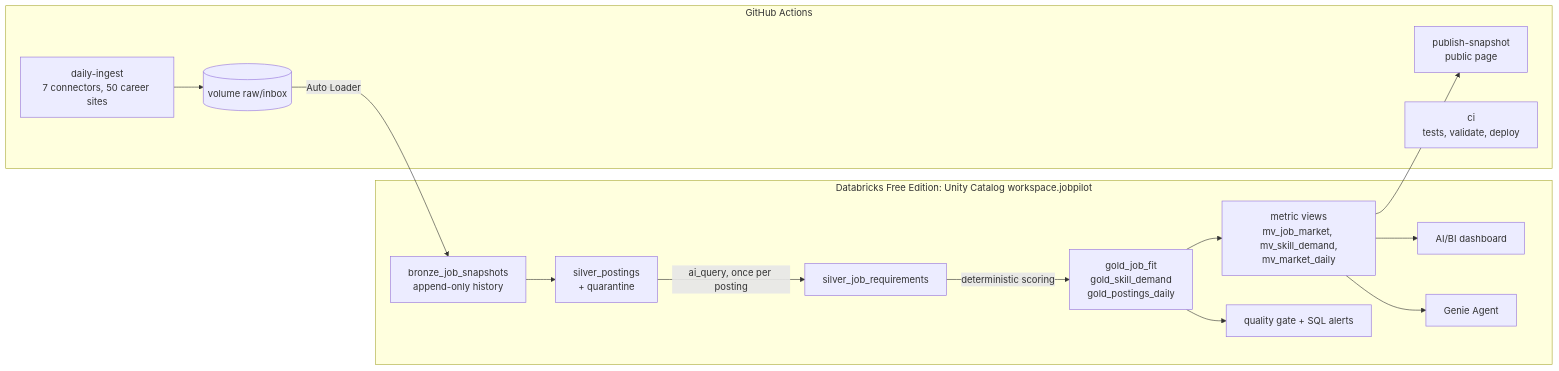
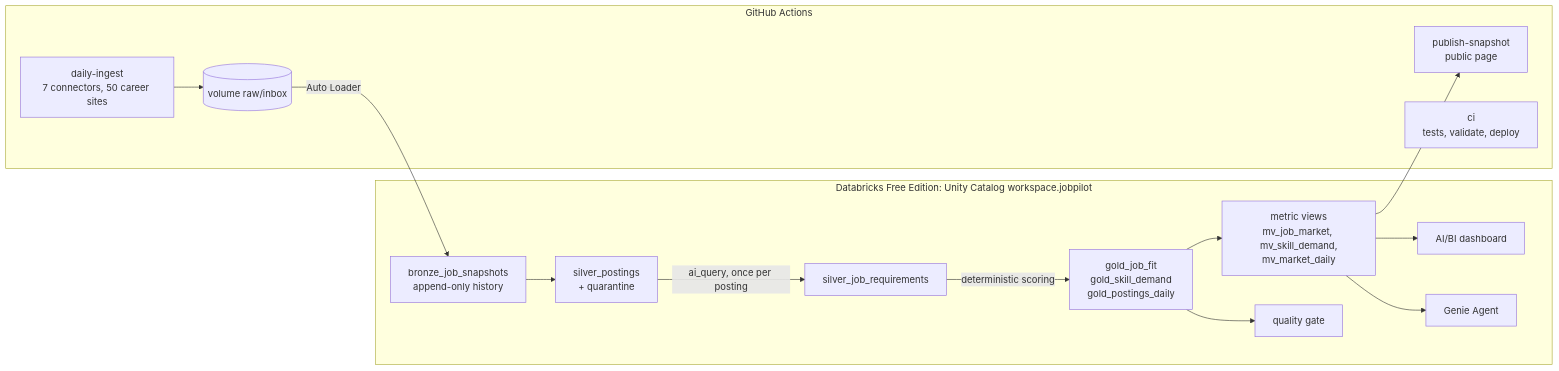
Before and after one commit to hakalaka/jobpilot: the diagram in README.md, drawn with Mermaid. The commit also changed other lines of this file and 9 other files, not shown here.

````diff
--- a/README.md
+++ b/README.md
@@ -9,19 +9,19 @@
 ```mermaid
 flowchart LR
     subgraph GH[GitHub Actions]
       F[daily-ingest<br/>7 connectors, 50 career sites] --> V
       P[publish-snapshot<br/>public page]
       C[ci<br/>tests, validate, deploy]
     end
     subgraph DBX[Databricks Free Edition: Unity Catalog workspace.jobpilot]
       V[(volume raw/inbox)] -->|Auto Loader| B[bronze_job_snapshots<br/>append-only history]
       B --> S[silver_postings<br/>+ quarantine]
       S -->|ai_query, once per posting| R[silver_job_requirements]
       R -->|deterministic scoring| G[gold_job_fit<br/>gold_skill_demand<br/>gold_postings_daily]
       G --> M[metric views<br/>mv_job_market, mv_skill_demand,<br/>mv_market_daily]
       M --> D[AI/BI dashboard]
       M --> GA[Genie Agent]
-      G --> Q[quality gate + SQL alerts]
+      G --> Q[quality gate]
     end
     M --> P
 ```
````
